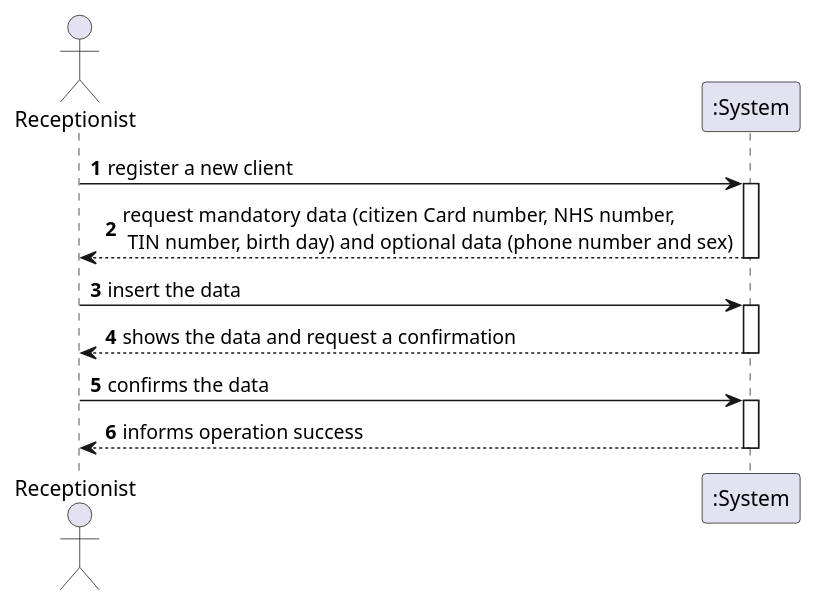
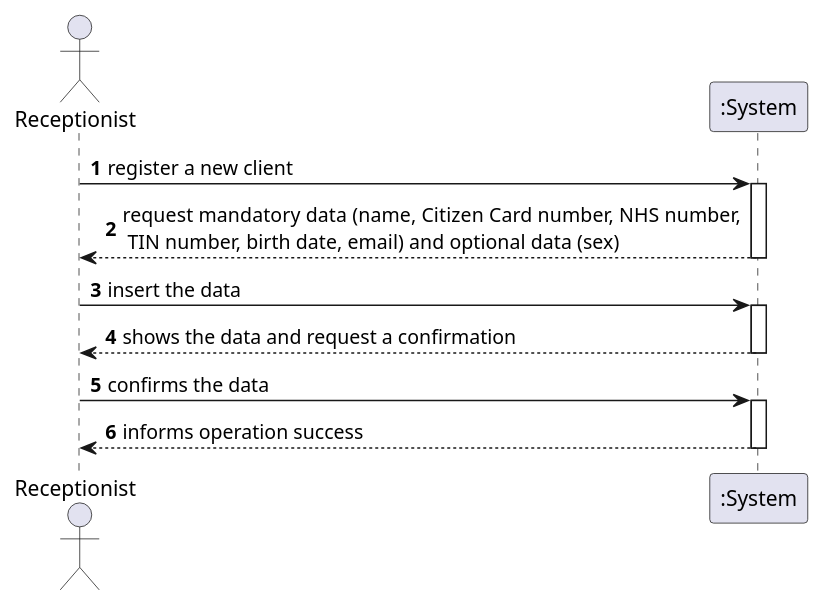
Before and after one commit to GuilhermeCunha79/lapr2: the diagram in docs/SprintB/US3/UC03_SSD.puml, drawn with PlantUML. The commit also changed 6 other files, not shown here.

```diff
--- a/docs/SprintB/US3/UC03_SSD.puml
+++ b/docs/SprintB/US3/UC03_SSD.puml
@@ -1,25 +1,25 @@
 @startuml
 'https://plantuml.com/sequence-diagram
 
 autonumber
 
 actor "Receptionist" as RECEP
 
 participant ":System" as SYSTEM
 
 RECEP -> SYSTEM : register a new client
 activate SYSTEM
-SYSTEM --> RECEP : request mandatory data (citizen Card number, NHS number,\n TIN number, birth day) and optional data (phone number and sex)
+SYSTEM --> RECEP : request mandatory data (name, Citizen Card number, NHS number,\n TIN number, birth date, email) and optional data (sex)
 deactivate SYSTEM
 
 RECEP -> SYSTEM : insert the data
 activate SYSTEM
 SYSTEM --> RECEP : shows the data and request a confirmation
 deactivate SYSTEM
 
 RECEP -> SYSTEM : confirms the data
 activate SYSTEM
 SYSTEM --> RECEP : informs operation success
 deactivate SYSTEM
 
 @enduml
```
